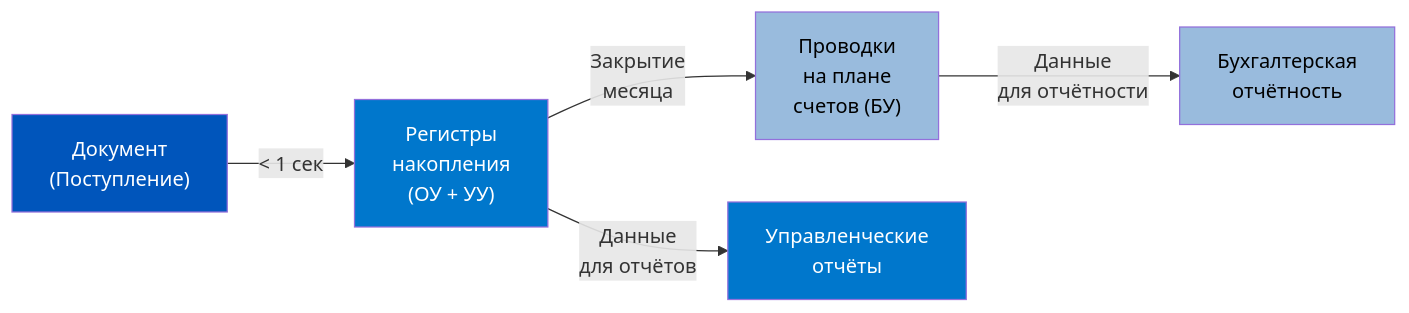
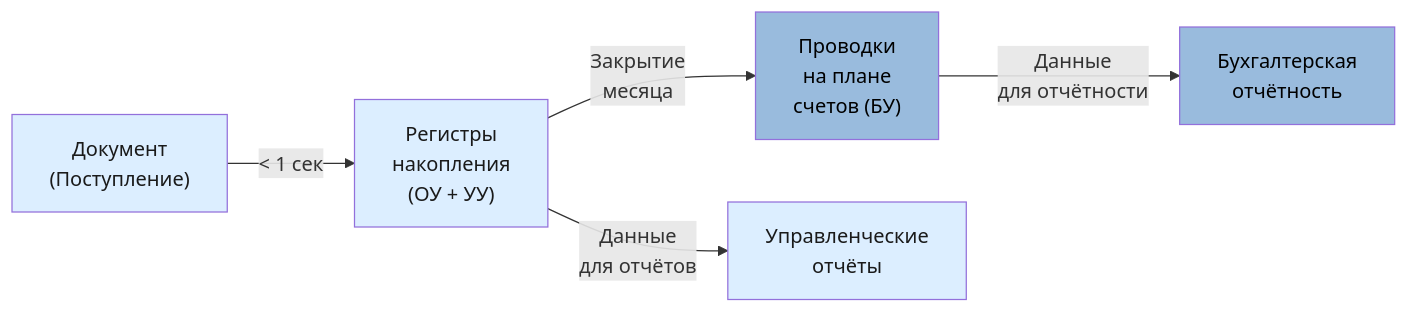
Before and after one commit to murad1986/1c-erp-quartz: the third of 5 diagrams in content/1c-erp/week_1/Неделя 1 - День 1 - Виды учета и Архитектура.md, drawn with Mermaid. The commit also changed other lines of this file and 57 other files, not shown here.

First line of the commit message:
fix: Mermaid — пастельные цвета в источниках диаграмм (56 файлов)

````diff
--- a/content/1c-erp/week_1/Неделя 1 - День 1 - Виды учета и Архитектура.md
+++ b/content/1c-erp/week_1/Неделя 1 - День 1 - Виды учета и Архитектура.md
@@ -339,13 +339,13 @@
 ```mermaid
 flowchart LR
     A["Документ<br/>(Поступление)"] -->|"< 1 сек"| B["Регистры<br/>накопления<br/>(ОУ + УУ)"]
     B -->|"Закрытие<br/>месяца"| C["Проводки<br/>на плане<br/>счетов (БУ)"]
     B -->|"Данные<br/>для отчётов"| D["Управленческие<br/>отчёты"]
     C -->|"Данные<br/>для отчётности"| E["Бухгалтерская<br/>отчётность"]
 
-    style A fill:#0055BB,color:#fff
-    style B fill:#0077CC,color:#fff
+    style A fill:#dceeff,color:#1a1a1a
+    style B fill:#dceeff,color:#1a1a1a
     style C fill:#99BBDD,color:#000
-    style D fill:#0077CC,color:#fff
+    style D fill:#dceeff,color:#1a1a1a
     style E fill:#99BBDD,color:#000
 ```
````
